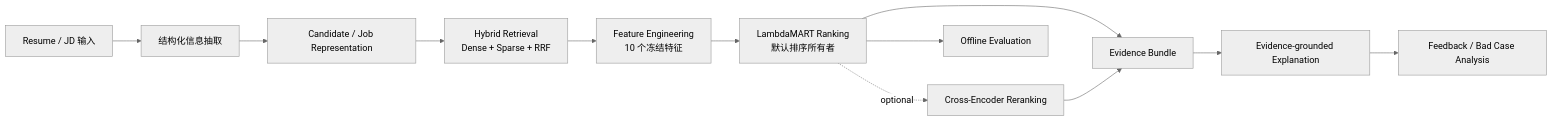
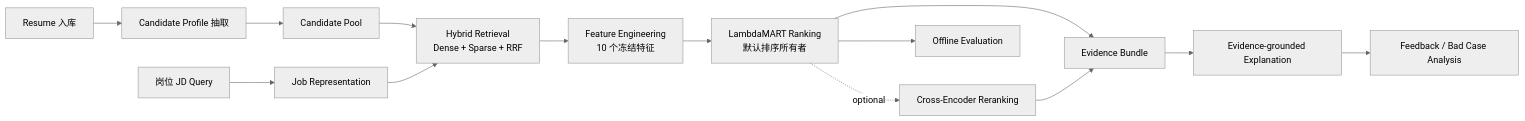
Before and after one commit to rM0on/peoplematch-agent: the second of 3 diagrams in README.md, drawn with Mermaid (neutral theme). The commit also changed other lines of this file and 31 other files, not shown here.

````diff
--- a/README.md
+++ b/README.md
@@ -35,14 +47,16 @@
 ```mermaid
 flowchart LR
-  Input[Resume / JD 输入] --> Extract[结构化信息抽取]
-  Extract --> Representation[Candidate / Job Representation]
-  Representation --> Retrieval[Hybrid Retrieval<br/>Dense + Sparse + RRF]
+  Resume[Resume 入库] --> Extract[Candidate Profile 抽取]
+  Extract --> Pool[Candidate Pool]
+  JD[岗位 JD Query] --> Job[Job Representation]
+  Pool --> Retrieval[Hybrid Retrieval<br/>Dense + Sparse + RRF]
+  Job --> Retrieval
   Retrieval --> Features[Feature Engineering<br/>10 个冻结特征]
   Features --> LTR[LambdaMART Ranking<br/>默认排序所有者]
   LTR -. optional .-> CE[Cross-Encoder Reranking]
   LTR --> Evidence[Evidence Bundle]
   CE --> Evidence
   Evidence --> Explain[Evidence-grounded Explanation]
   Explain --> Review[Feedback / Bad Case Analysis]
   LTR --> Eval[Offline Evaluation]
 ```
````
